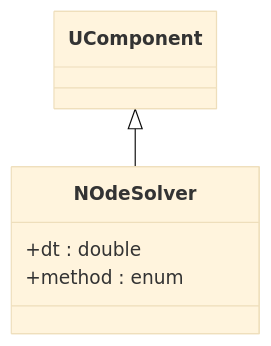
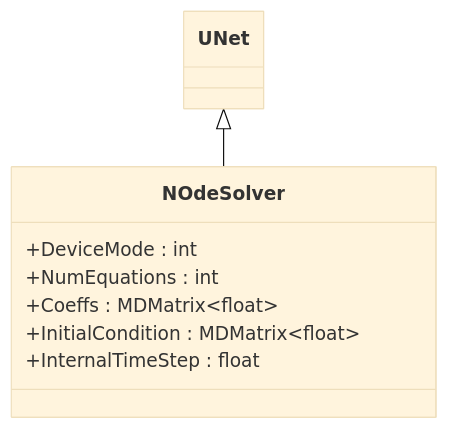
Before and after one commit to aicommunity/Nmsdk-PulseLib: the sixth of 9 diagrams in Docs/Components/NOdeSolver.md, drawn with Mermaid (base theme). The commit also changed other lines of this file and 196 other files, not shown here.

````diff
--- a/Docs/Components/NOdeSolver.md
+++ b/Docs/Components/NOdeSolver.md
@@ -7,8 +344,11 @@
 ```mermaid
 classDiagram
-    UComponent <|-- NOdeSolver
+    UNet <|-- NOdeSolver
     class NOdeSolver {
-        +dt : double
-        +method : enum
+        +DeviceMode : int
+        +NumEquations : int
+        +Coeffs : MDMatrix~float~
+        +InitialCondition : MDMatrix~float~
+        +InternalTimeStep : float
     }
 ```
````
